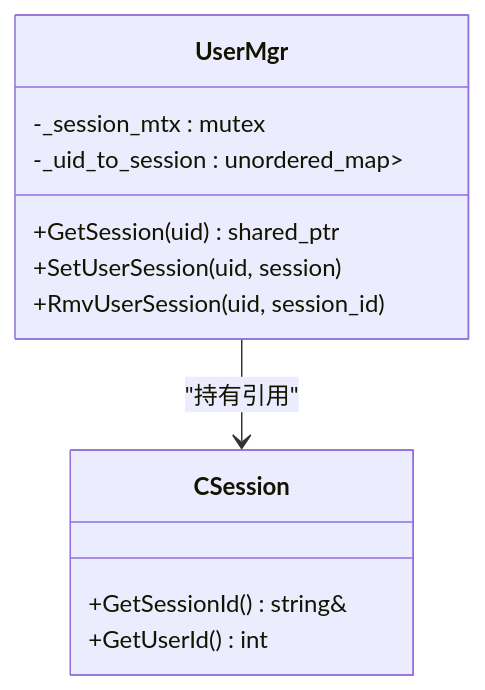
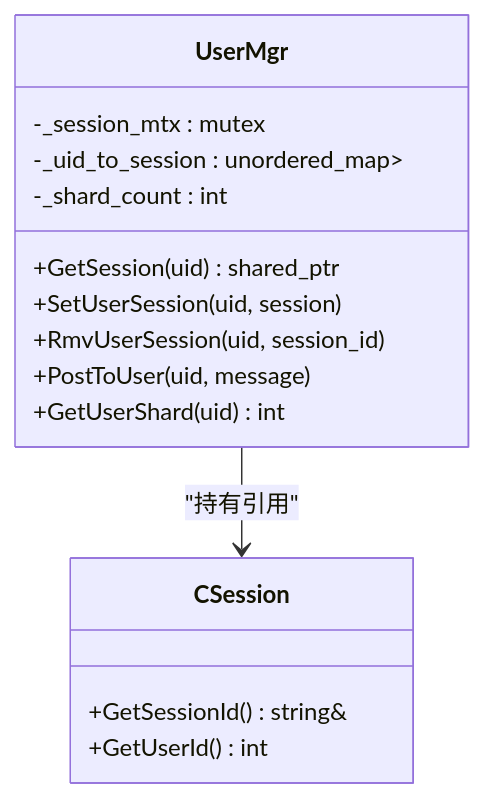
The fifth of 7 diagrams in .qoder/repowiki/zh/content/服务端开发/ChatServer聊天核心服务/ChatServer聊天核心服务.md (echo9923/mychatter), drawn with Mermaid before and after one commit. The commit also changed other lines of this file and 54 other files, not shown here.

````diff
--- a/.qoder/repowiki/zh/content/服务端开发/ChatServer聊天核心服务/ChatServer聊天核心服务.md
+++ b/.qoder/repowiki/zh/content/服务端开发/ChatServer聊天核心服务/ChatServer聊天核心服务.md
@@ -255,15 +275,18 @@
 ```mermaid
 classDiagram
 class UserMgr {
 +GetSession(uid) shared_ptr<CSession>
 +SetUserSession(uid, session)
 +RmvUserSession(uid, session_id)
++PostToUser(uid, message)
++GetUserShard(uid) int
 -_session_mtx : mutex
 -_uid_to_session : unordered_map<int, shared_ptr<CSession>>
+-_shard_count : int
 }
 class CSession {
 +GetSessionId() string&
 +GetUserId() int
 }
 UserMgr --> CSession : "持有引用"
 ```
````
